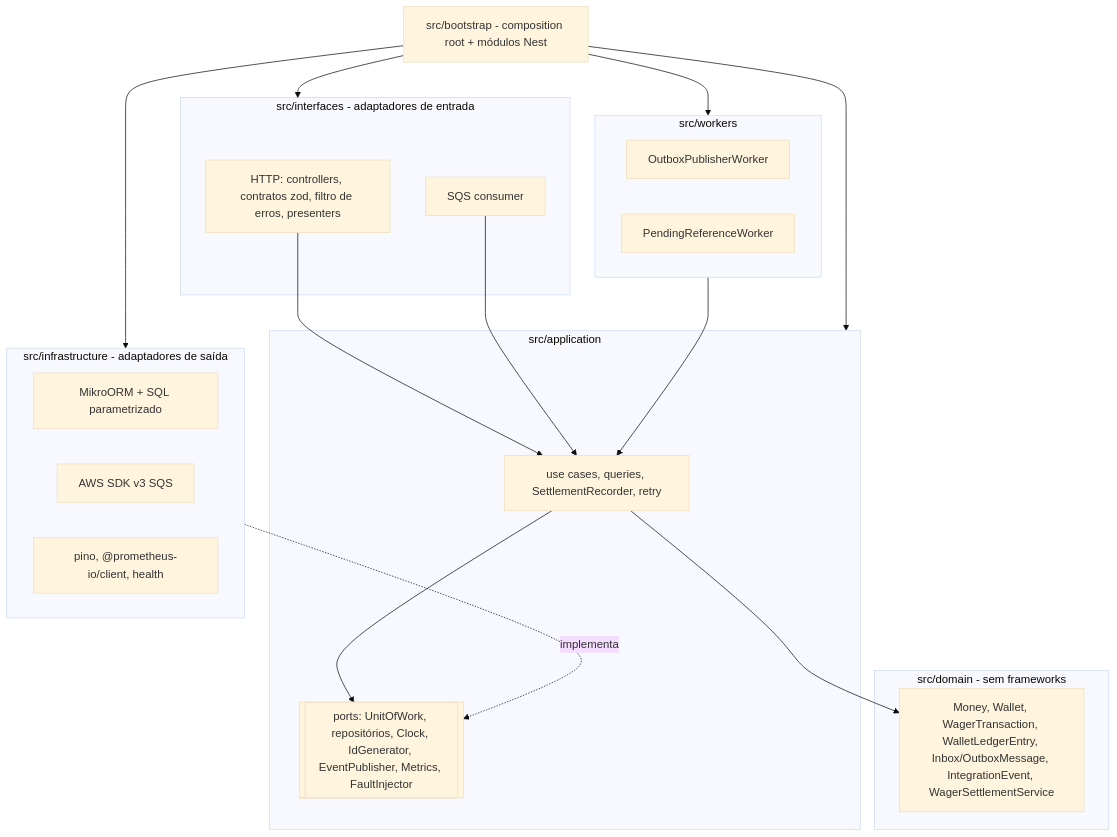
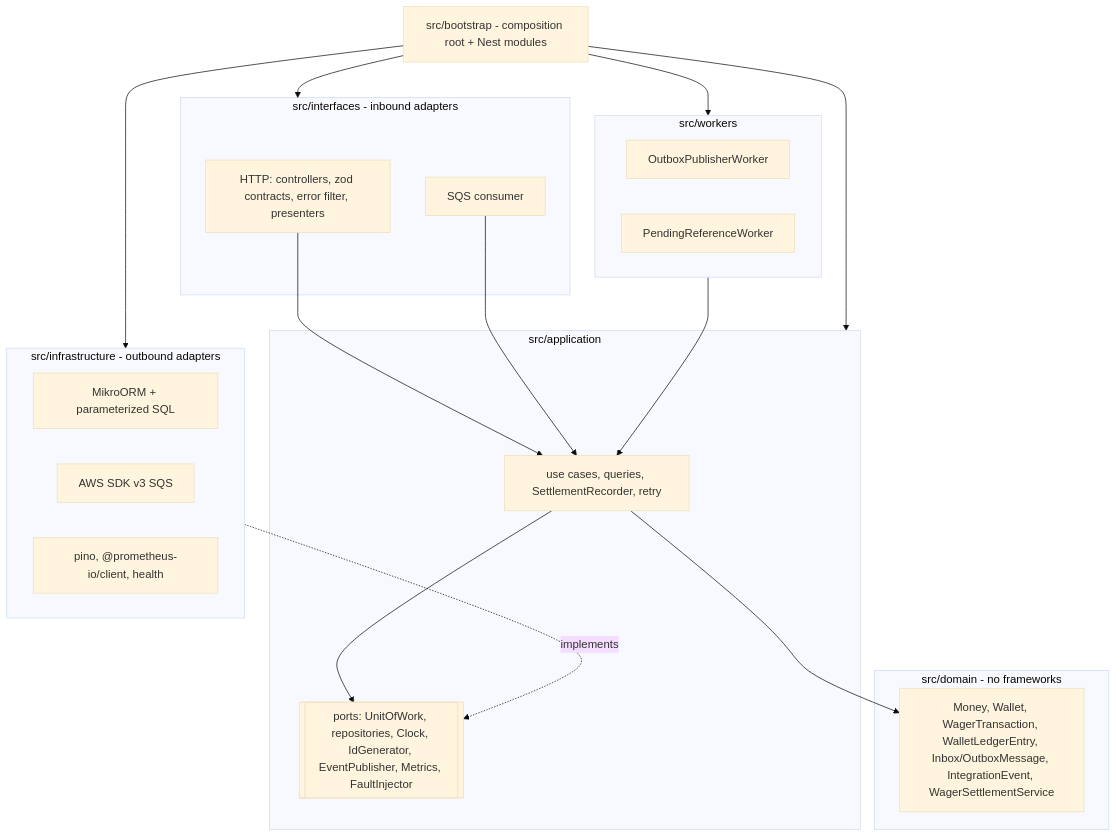
Before and after one commit to DanielnetoDotCom/jungle-wagering-processor: the second of 8 diagrams in ARCHITECTURE.md, drawn with Mermaid (base theme). The commit also changed other lines of this file and 43 other files, not shown here.

````diff
--- a/ARCHITECTURE.md
+++ b/ARCHITECTURE.md
@@ -66,29 +66,29 @@
 ```mermaid
 flowchart TB
-    subgraph interfaces[src/interfaces - adaptadores de entrada]
-        http[HTTP: controllers, contratos zod, filtro de erros, presenters]
+    subgraph interfaces[src/interfaces - inbound adapters]
+        http[HTTP: controllers, zod contracts, error filter, presenters]
         cons[SQS consumer]
     end
     subgraph workers[src/workers]
         wo[OutboxPublisherWorker]
         wr[PendingReferenceWorker]
     end
     subgraph application[src/application]
         uc[use cases, queries, SettlementRecorder, retry]
-        ports[[ports: UnitOfWork, repositórios, Clock, IdGenerator, EventPublisher, Metrics, FaultInjector]]
+        ports[[ports: UnitOfWork, repositories, Clock, IdGenerator, EventPublisher, Metrics, FaultInjector]]
     end
-    subgraph domain[src/domain - sem frameworks]
+    subgraph domain[src/domain - no frameworks]
         d[Money, Wallet, WagerTransaction, WalletLedgerEntry, Inbox/OutboxMessage, IntegrationEvent, WagerSettlementService]
     end
-    subgraph infrastructure[src/infrastructure - adaptadores de saída]
-        orm[MikroORM + SQL parametrizado]
+    subgraph infrastructure[src/infrastructure - outbound adapters]
+        orm[MikroORM + parameterized SQL]
         sqs[AWS SDK v3 SQS]
         obs[pino, @prometheus-io/client, health]
     end
-    boot[src/bootstrap - composition root + módulos Nest]
+    boot[src/bootstrap - composition root + Nest modules]
     http & cons & workers --> uc
     uc --> d
     uc --> ports
-    infrastructure -. implementa .-> ports
+    infrastructure -. implements .-> ports
     boot --> interfaces & workers & infrastructure & application
 ```
````
